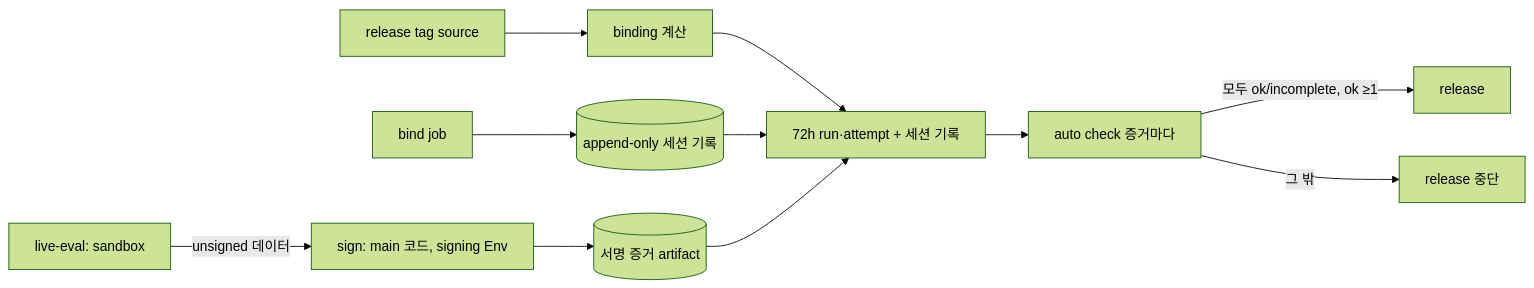
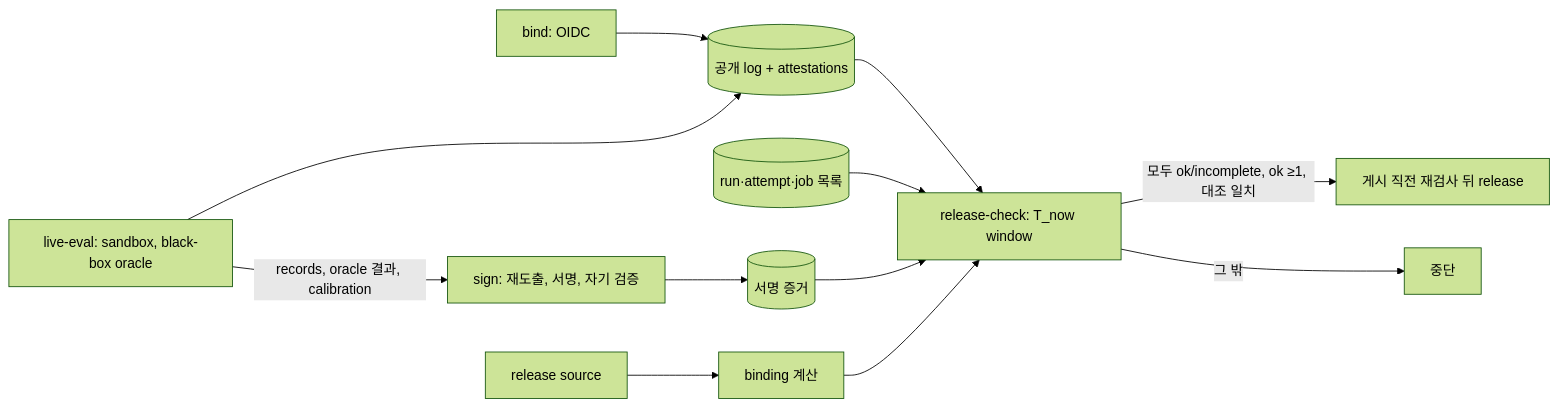
Before and after one commit to autopus-ai/autopus-adk: the diagram in .autopus/specs/SPEC-HARNEVAL-003/research.md, drawn with Mermaid (forest theme). The commit also changed other lines of this file and 15 other files, not shown here.

````diff
--- a/.autopus/specs/SPEC-HARNEVAL-003/research.md
+++ b/.autopus/specs/SPEC-HARNEVAL-003/research.md
@@ -40,13 +45,13 @@
 ```mermaid
 flowchart LR
-  BIND[bind job] --> LOG[(append-only 세션 기록)]
-  LE[live-eval: sandbox] -->|unsigned 데이터| SG[sign: main 코드, signing Env]
-  SG --> EVD[(서명 증거 artifact)]
-  TAG[release tag source] --> DG[binding 계산]
-  DG --> SEL[72h run·attempt + 세션 기록]
-  LOG --> SEL
-  EVD --> SEL
-  SEL --> CK[auto check 증거마다]
-  CK -->|모두 ok/incomplete, ok ≥1| REL[release]
-  CK -->|그 밖| STOP[release 중단]
+  BIND[bind: OIDC] --> TL[(공개 log + attestations)]
+  LE[live-eval: sandbox, black-box oracle] --> TL
+  LE -->|records, oracle 결과, calibration| SG[sign: 재도출, 서명, 자기 검증]
+  TAG[release source] --> DG[binding 계산]
+  TL --> RC[release-check: T_now window]
+  RUNS[(run·attempt·job 목록)] --> RC
+  SG --> EVD[(서명 증거)] --> RC
+  DG --> RC
+  RC -->|모두 ok/incomplete, ok ≥1, 대조 일치| REL[게시 직전 재검사 뒤 release]
+  RC -->|그 밖| STOP[중단]
 ```
````
